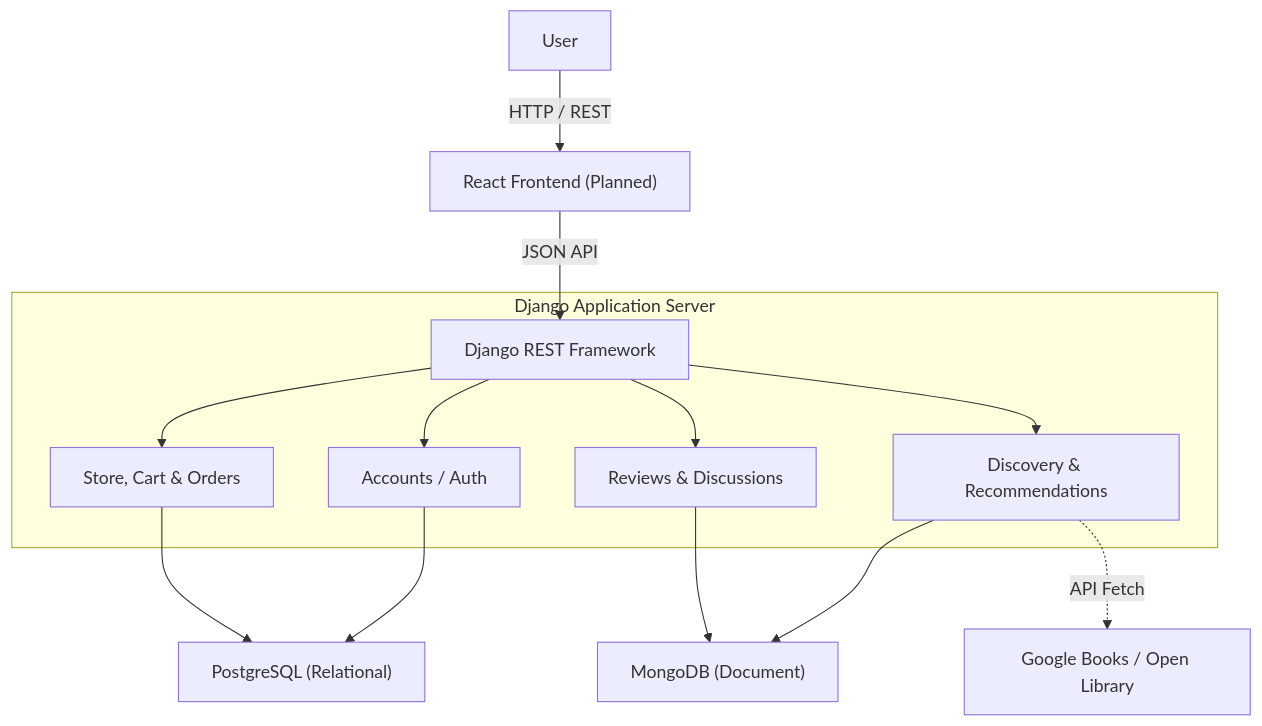
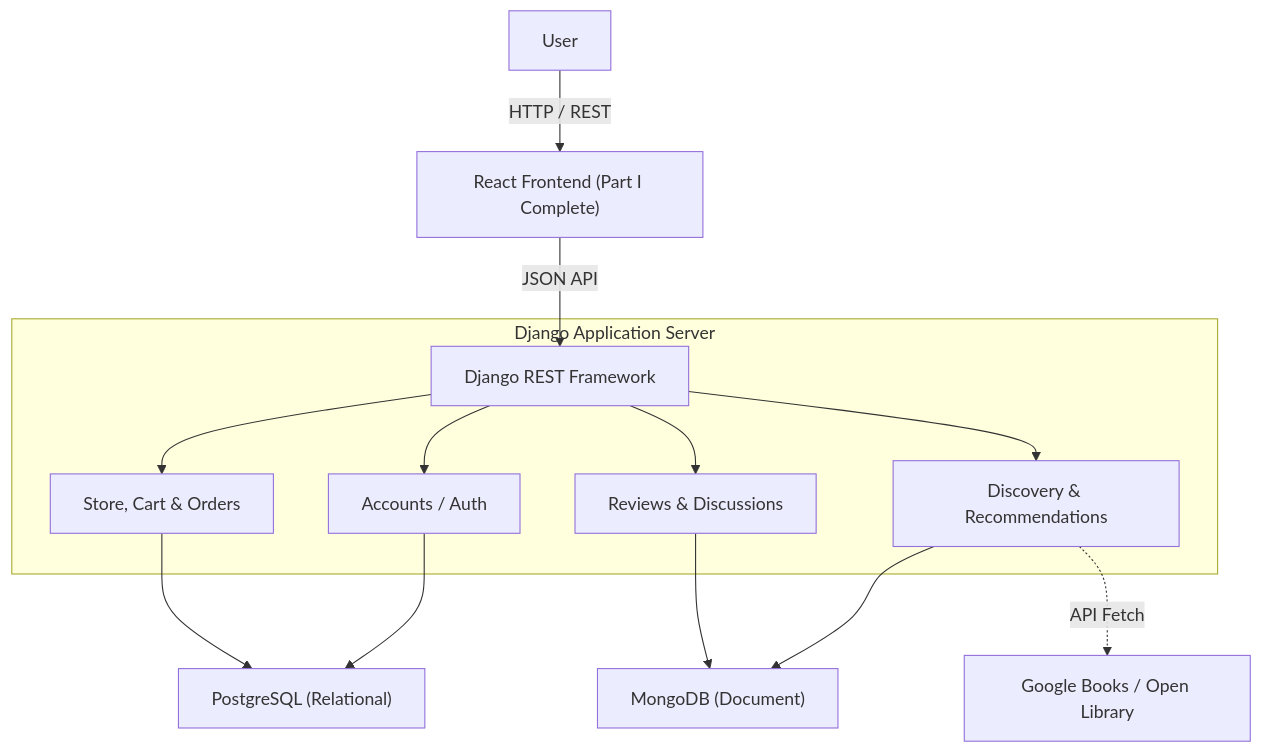
Before and after one commit to ragnarStark79/Akashic-Library: the first of 5 diagrams in README.md, drawn with Mermaid. The commit also changed other lines of this file, not shown here.

Commit message:
docs: update README with Part I completion status and roadmap

````diff
--- a/README.md
+++ b/README.md
@@ -79,31 +81,31 @@
 ```mermaid
 flowchart TD
     User["User"]
-    React["React Frontend (Planned)"]
+    React["React Frontend (Part I Complete)"]
     DRF["Django REST Framework"]
     Auth["Accounts / Auth"]
     Discovery["Discovery & Recommendations"]
     Community["Reviews & Discussions"]
     Commerce["Store, Cart & Orders"]
     PostgreSQL["PostgreSQL (Relational)"]
     MongoDB["MongoDB (Document)"]
     External["Google Books / Open Library"]
 
     User -->|HTTP / REST| React
     React -->|JSON API| DRF
     
     subgraph Django Application Server
         DRF --> Auth
         DRF --> Discovery
         DRF --> Community
         DRF --> Commerce
     end
     
     Auth --> PostgreSQL
     Commerce --> PostgreSQL
     
     Discovery --> MongoDB
     Community --> MongoDB
     
     Discovery -.->|API Fetch| External
 ```
````
